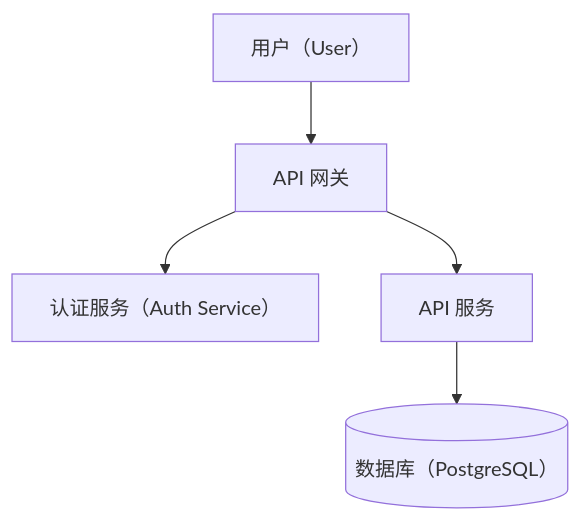
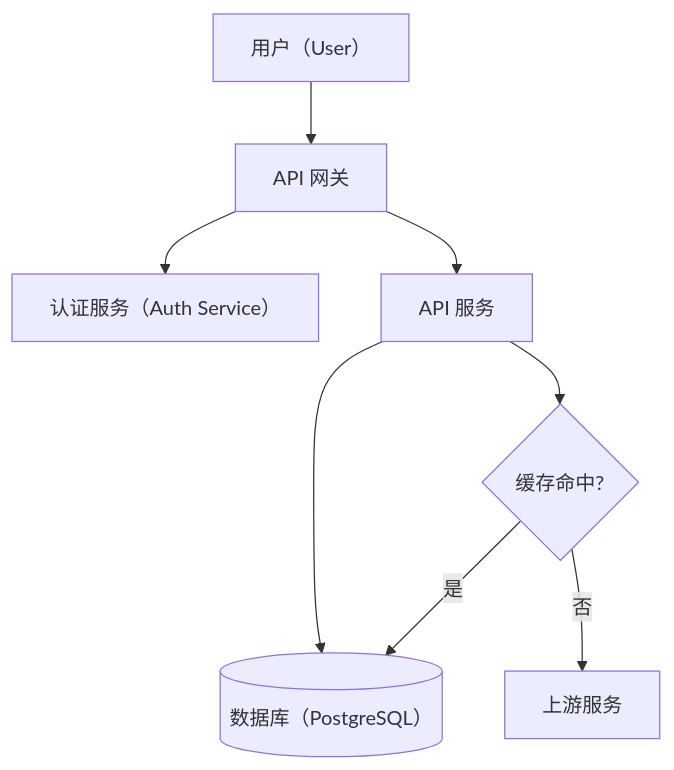
The first of 4 diagrams in knowledge-distiller/references/mermaid.md (ZlatanCN/skills), drawn with Mermaid before and after one commit. The commit also changed other lines of this file, not shown here.

First line of the commit message:
docs(knowledge-distiller): 细化 Mermaid 图表绘制规范与示例

````diff
--- a/knowledge-distiller/references/mermaid.md
+++ b/knowledge-distiller/references/mermaid.md
@@ -17,7 +42,10 @@
 ```mermaid
 flowchart TB
     User["用户（User）"] --> Gateway["API 网关"]
     Gateway --> Auth["认证服务（Auth Service）"]
     Gateway --> API["API 服务"]
     API --> DB[("数据库（PostgreSQL）")]
+    API --> Backend{缓存命中?}
+    Backend -- 是 --> DB
+    Backend -- 否 --> Upstream["上游服务"]
 ```
````
